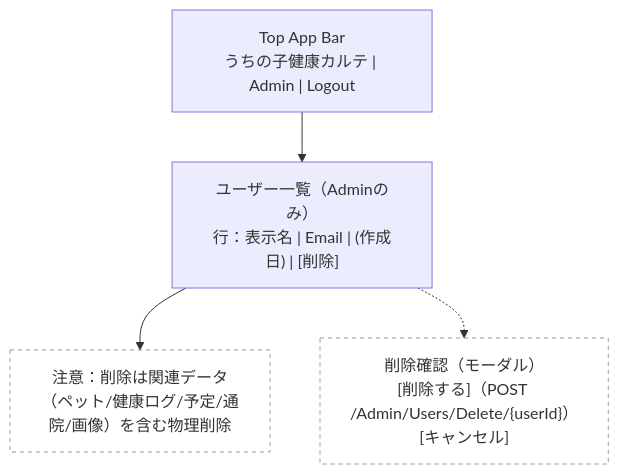
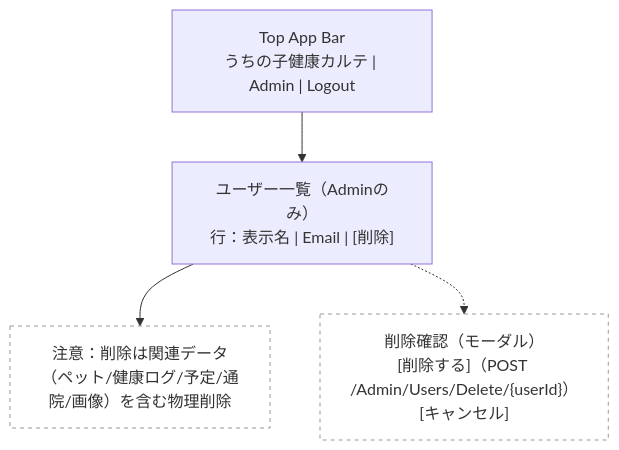
Before and after one commit to Cat5Dog2/PetHealthManagement: diagram 23 of 23 in docs/ui-wireframe.md, drawn with Mermaid. The commit also changed other lines of this file and 3 other files, not shown here.

````diff
--- a/docs/ui-wireframe.md
+++ b/docs/ui-wireframe.md
@@ -368,12 +369,12 @@
 ```mermaid
 flowchart TB
   Header["Top App Bar<br/>うちの子健康カルテ | Admin | Logout"]
-  List["ユーザー一覧（Adminのみ）<br/>行：表示名 | Email | (作成日) | [削除]"]
+  List["ユーザー一覧（Adminのみ）<br/>行：表示名 | Email | [削除]"]
   DeleteConfirm["削除確認（モーダル）<br/>[削除する]（POST /Admin/Users/Delete/{userId}）<br/>[キャンセル]"]:::note
   Danger["注意：削除は関連データ（ペット/健康ログ/予定/通院/画像）を含む物理削除"]:::note
 
   Header --> List --> Danger
   List -.-> DeleteConfirm
 
   classDef note fill:#fff,stroke:#999,stroke-dasharray: 4 4,color:#333;
 ```
````
